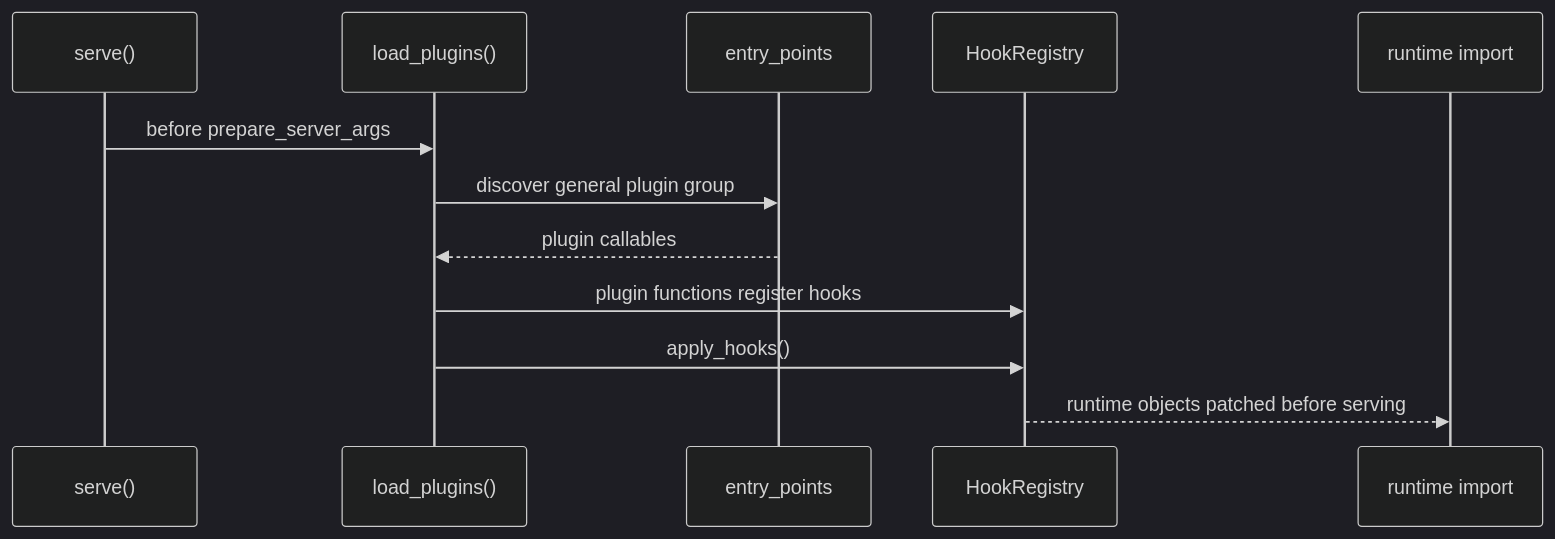
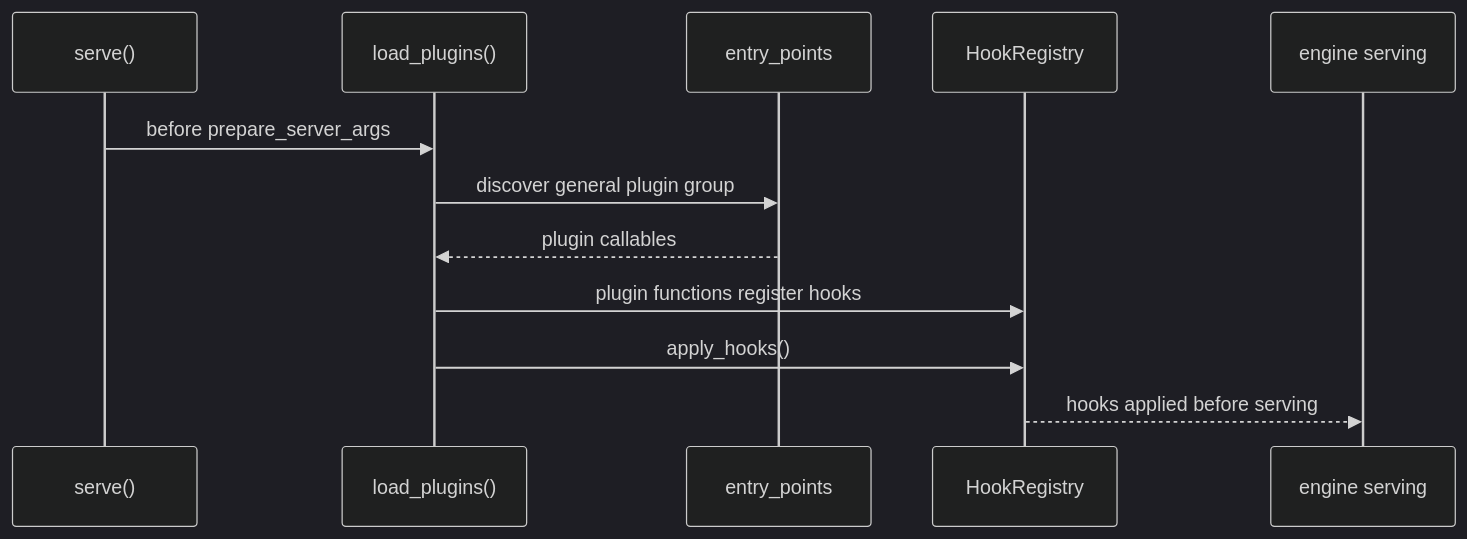
One commit to OnlyHero5/sglang-reading-vault changed the second of 2 diagrams in sglang_reading/启动与入口/启动链路/SGLang-启动链路-数据流.md. Above: the diagram before and after it, drawn with Mermaid (dark theme). The commit also changed other lines of this file and 512 other files, not shown here.

````diff
--- a/sglang_reading/启动与入口/启动链路/SGLang-启动链路-数据流.md
+++ b/sglang_reading/启动与入口/启动链路/SGLang-启动链路-数据流.md
@@ -176,15 +180,15 @@
 ```mermaid
 sequenceDiagram
  participant Serve as serve()
  participant LP as load_plugins()
  participant EP as entry_points
  participant HR as HookRegistry
- participant Runtime as runtime import
+ participant Runtime as engine serving
 
  Serve->>LP: before prepare_server_args
  LP->>EP: discover general plugin group
  EP-->>LP: plugin callables
  LP->>HR: plugin functions register hooks
  LP->>HR: apply_hooks()
- HR-->>Runtime: runtime objects patched before serving
+ HR-->>Runtime: hooks applied before serving
 ```
````
